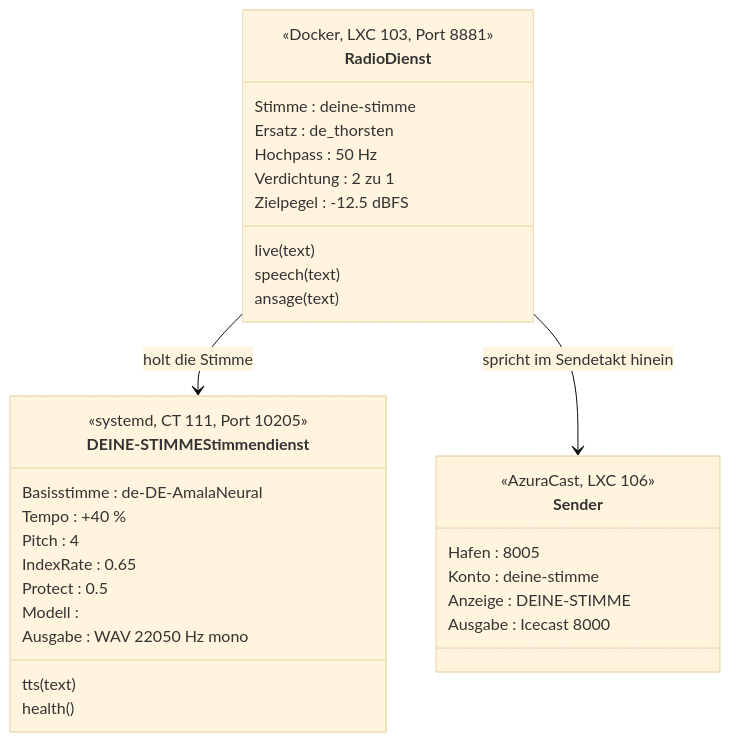
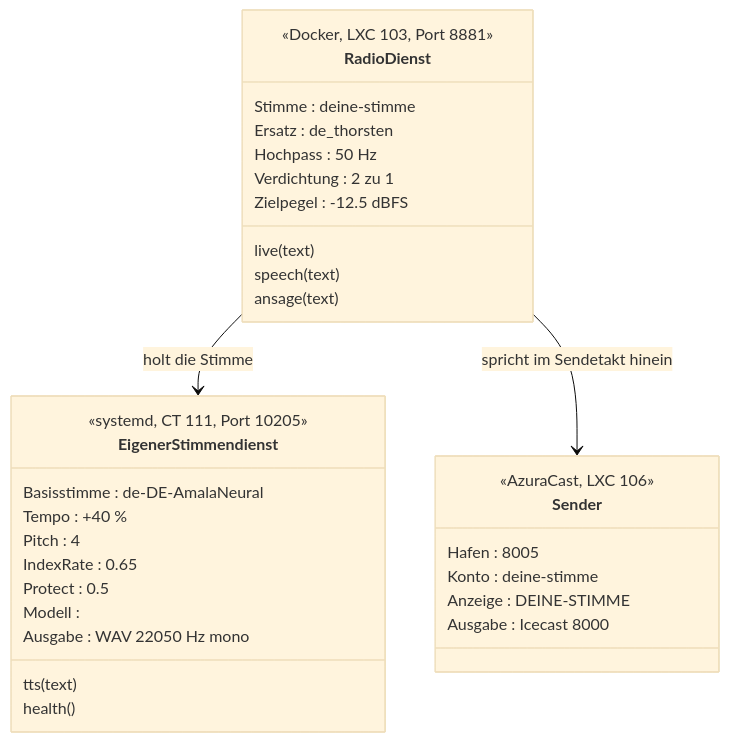
Before and after one commit to Nr44suessauer/deadline-beats-radio-bot: diagram 12 of 15 in DOKU/HANDBUCH.md, drawn with Mermaid (base theme). The commit also changed other lines of this file and 4 other files, not shown here.

````diff
--- a/DOKU/HANDBUCH.md
+++ b/DOKU/HANDBUCH.md
@@ -773,35 +773,35 @@
 ```mermaid
 classDiagram
-  class DEINE-STIMMEStimmendienst {
+  class EigenerStimmendienst {
     <<systemd, CT 111, Port 10205>>
     Basisstimme : de-DE-AmalaNeural
     Tempo : +40 %
     Pitch : 4
     IndexRate : 0.65
     Protect : 0.5
     Modell : <dein-modell>
     Ausgabe : WAV 22050 Hz mono
     tts(text)
     health()
   }
   class RadioDienst {
     <<Docker, LXC 103, Port 8881>>
     Stimme : deine-stimme
     Ersatz : de_thorsten
     Hochpass : 50 Hz
     Verdichtung : 2 zu 1
     Zielpegel : -12.5 dBFS
     live(text)
     speech(text)
     ansage(text)
   }
   class Sender {
     <<AzuraCast, LXC 106>>
     Hafen : 8005
     Konto : deine-stimme
     Anzeige : DEINE-STIMME
     Ausgabe : Icecast 8000
   }
-  RadioDienst --> DEINE-STIMMEStimmendienst : holt die Stimme
+  RadioDienst --> EigenerStimmendienst : holt die Stimme
   RadioDienst --> Sender : spricht im Sendetakt hinein
 ```
````
